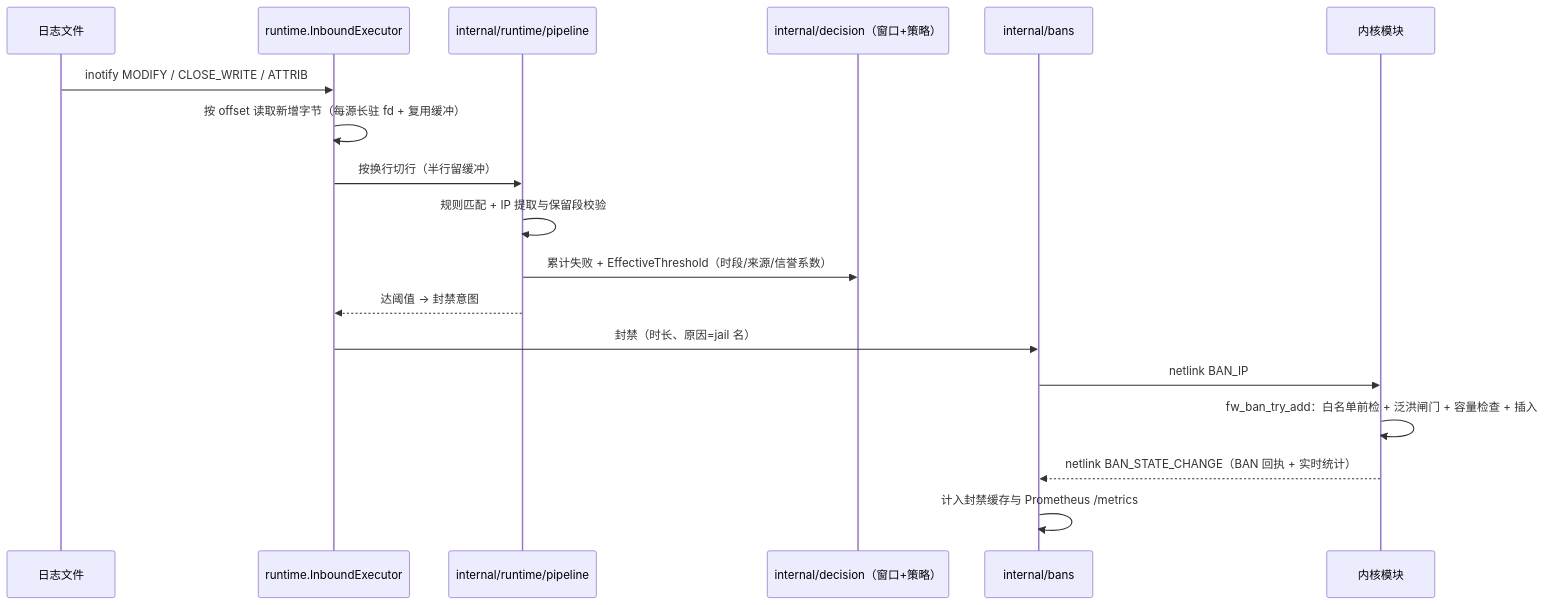
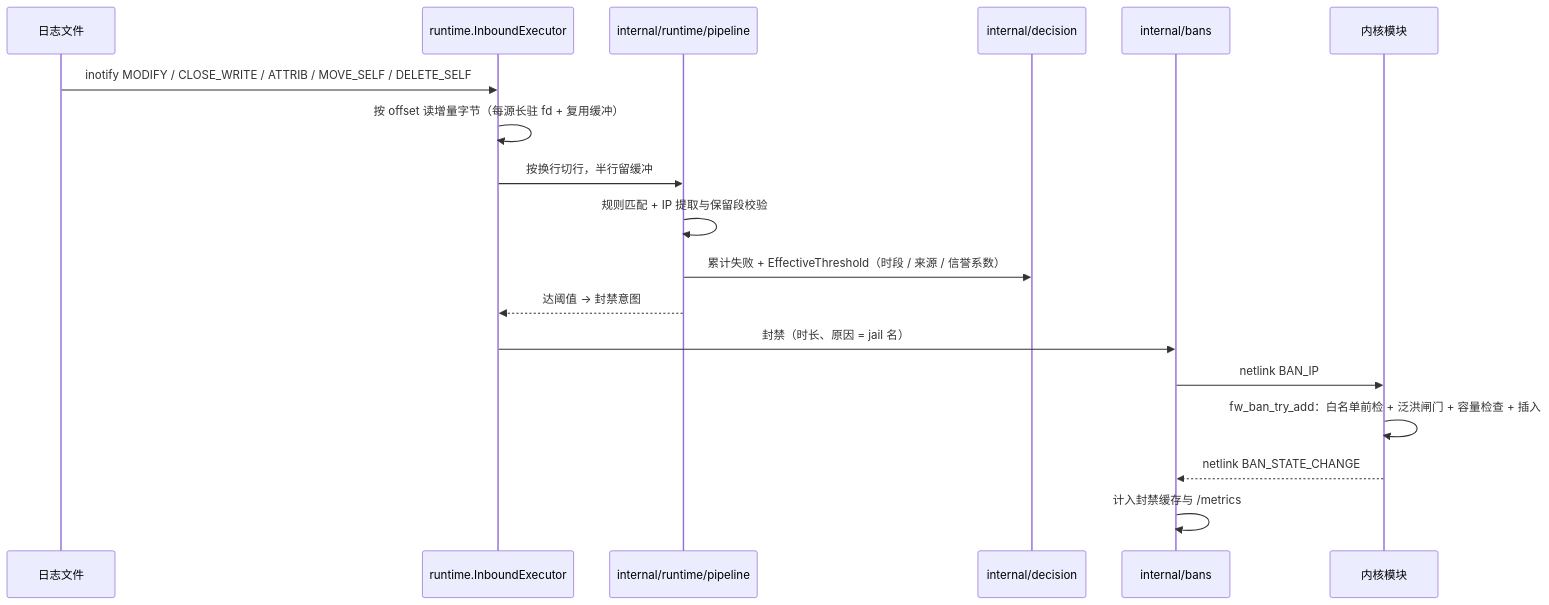
Before and after one commit to SnowCore8/linux-firewall-kmod: the second of 5 diagrams in docs/zh/architecture/data-flow.md, drawn with Mermaid. The commit also changed other lines of this file and 25 other files, not shown here.

````diff
--- a/docs/zh/architecture/data-flow.md
+++ b/docs/zh/architecture/data-flow.md
@@ -130,21 +155,21 @@
 ```mermaid
 sequenceDiagram
     participant Log as 日志文件
     participant EX as runtime.InboundExecutor
     participant Pipe as internal/runtime/pipeline
-    participant Win as internal/decision（窗口+策略）
+    participant Win as internal/decision
     participant Ban as internal/bans
     participant Kernel as 内核模块
 
-    Log->>EX: inotify MODIFY / CLOSE_WRITE / ATTRIB
-    EX->>EX: 按 offset 读取新增字节（每源长驻 fd + 复用缓冲）
-    EX->>Pipe: 按换行切行（半行留缓冲）
+    Log->>EX: inotify MODIFY / CLOSE_WRITE / ATTRIB / MOVE_SELF / DELETE_SELF
+    EX->>EX: 按 offset 读增量字节（每源长驻 fd + 复用缓冲）
+    EX->>Pipe: 按换行切行，半行留缓冲
     Pipe->>Pipe: 规则匹配 + IP 提取与保留段校验
-    Pipe->>Win: 累计失败 + EffectiveThreshold（时段/来源/信誉系数）
+    Pipe->>Win: 累计失败 + EffectiveThreshold（时段 / 来源 / 信誉系数）
     Pipe-->>EX: 达阈值 → 封禁意图
-    EX->>Ban: 封禁（时长、原因=jail 名）
+    EX->>Ban: 封禁（时长、原因 = jail 名）
     Ban->>Kernel: netlink BAN_IP
     Kernel->>Kernel: fw_ban_try_add：白名单前检 + 泛洪闸门 + 容量检查 + 插入
-    Kernel-->>Ban: netlink BAN_STATE_CHANGE（BAN 回执 + 实时统计）
-    Ban->>Ban: 计入封禁缓存与 Prometheus /metrics
+    Kernel-->>Ban: netlink BAN_STATE_CHANGE
+    Ban->>Ban: 计入封禁缓存与 /metrics
 ```
````
